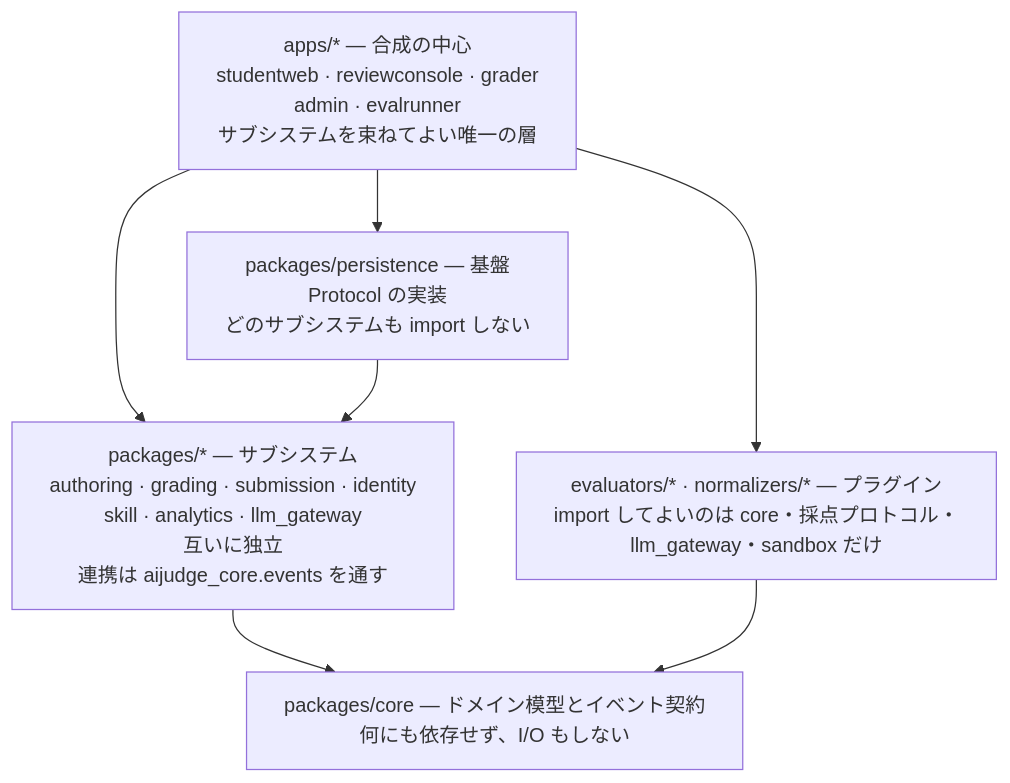
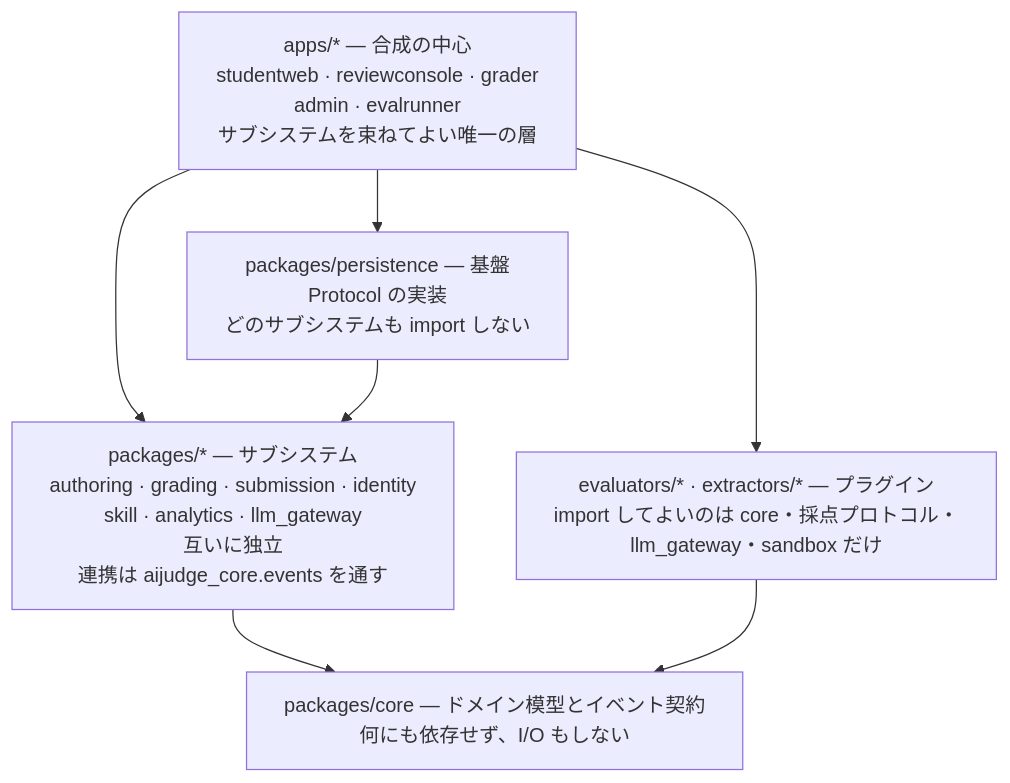
One commit to sanoakr/aijudge changed the third of 4 diagrams in README.ja.md. Above: the diagram before and after it, drawn with Mermaid. The commit also changed other lines of this file and 44 other files, not shown here.

````diff
--- a/README.ja.md
+++ b/README.ja.md
@@ -332,16 +332,16 @@
 ```mermaid
 %%{init: {"flowchart": {"wrappingWidth": 460}} }%%
 flowchart TB
     APPS["apps/* — 合成の中心<br/>studentweb · reviewconsole · grader<br/>admin · evalrunner<br/>サブシステムを束ねてよい唯一の層"]
     INFRA["packages/persistence — 基盤<br/>Protocol の実装<br/>どのサブシステムも import しない"]
-    PLUG["evaluators/* · normalizers/* — プラグイン<br/>import してよいのは core・採点プロトコル・<br/>llm_gateway・sandbox だけ"]
+    PLUG["evaluators/* · extractors/* — プラグイン<br/>import してよいのは core・採点プロトコル・<br/>llm_gateway・sandbox だけ"]
     SUBS["packages/* — サブシステム<br/>authoring · grading · submission · identity<br/>skill · analytics · llm_gateway<br/>互いに独立<br/>連携は aijudge_core.events を通す"]
     CORE["packages/core — ドメイン模型とイベント契約<br/>何にも依存せず、I/O もしない"]
 
     APPS --> SUBS
     APPS --> INFRA
     APPS --> PLUG
     SUBS --> CORE
     PLUG --> CORE
     INFRA --> SUBS
 ```
````
